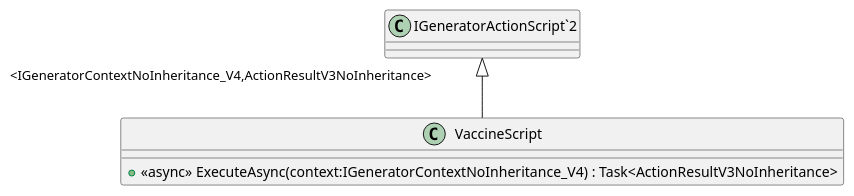
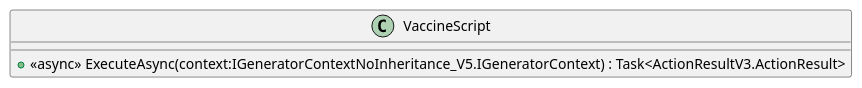
One commit to conrad-gilles/Scripting-Proof-of-Concept changed the diagram in diagrams/sandbox/src/Scripts/ActionScripts/VaccineScript.puml. Above: the diagram before and after it, drawn with PlantUML. The commit also changed 19 other files, not shown here.

```diff
--- a/diagrams/sandbox/src/Scripts/ActionScripts/VaccineScript.puml
+++ b/diagrams/sandbox/src/Scripts/ActionScripts/VaccineScript.puml
@@ -1,6 +1,5 @@
 @startuml
 class VaccineScript {
-    + <<async>> ExecuteAsync(context:IGeneratorContextNoInheritance_V4) : Task<ActionResultV3NoInheritance>
+    + <<async>> ExecuteAsync(context:IGeneratorContextNoInheritance_V5.IGeneratorContext) : Task<ActionResultV3.ActionResult>
 }
-"IGeneratorActionScript`2" "<IGeneratorContextNoInheritance_V4,ActionResultV3NoInheritance>" <|-- VaccineScript
 @enduml
```
